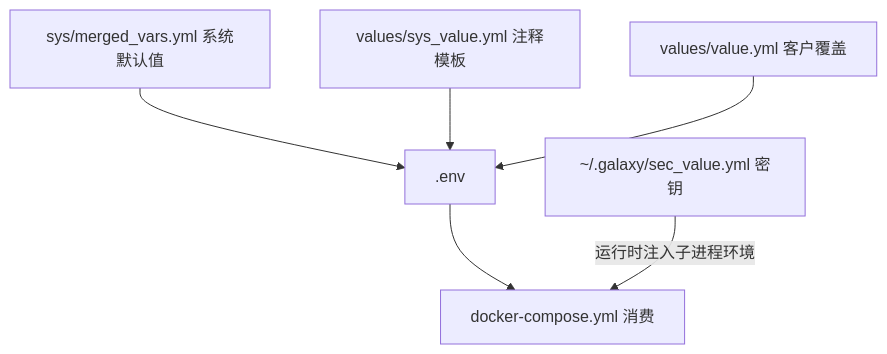
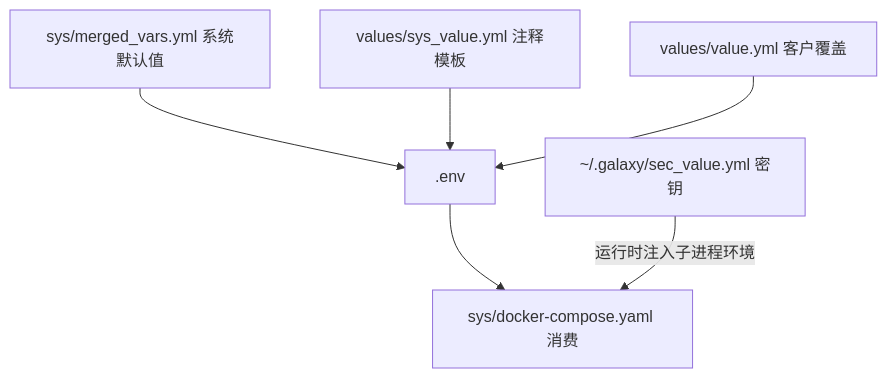
Before and after one commit to galaxio-labs/operator-docs: the third of 3 diagrams in src/operator/overview.md, drawn with Mermaid. The commit also changed 9 other files, not shown here.

Commit message:
docs: docker-compose 系统 compose 文件默认改为 sys/docker-compose.yaml

````diff
--- a/src/operator/overview.md
+++ b/src/operator/overview.md
@@ -296,8 +296,8 @@
 ```mermaid
 flowchart TD
     MV["sys/merged_vars.yml 系统默认值"] --> ENV[".env"]
     SV["values/sys_value.yml 注释模板"] --> ENV
     UV["values/value.yml 客户覆盖"] --> ENV
-    ENV --> DC["docker-compose.yml 消费"]
+    ENV --> DC["sys/docker-compose.yaml 消费"]
     SEC["~/.galaxy/sec_value.yml 密钥"] -->|运行时注入子进程环境| DC
 ```
````
